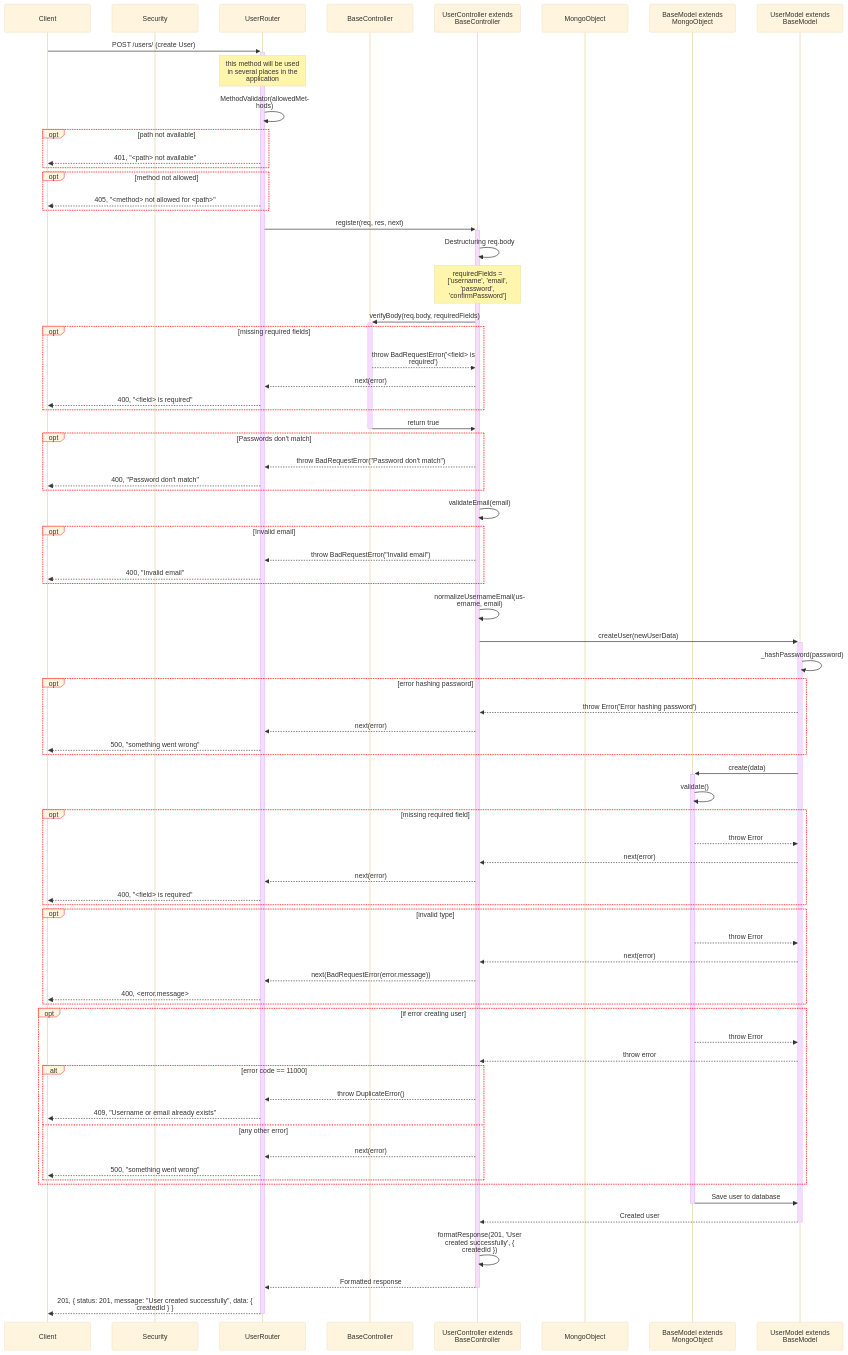
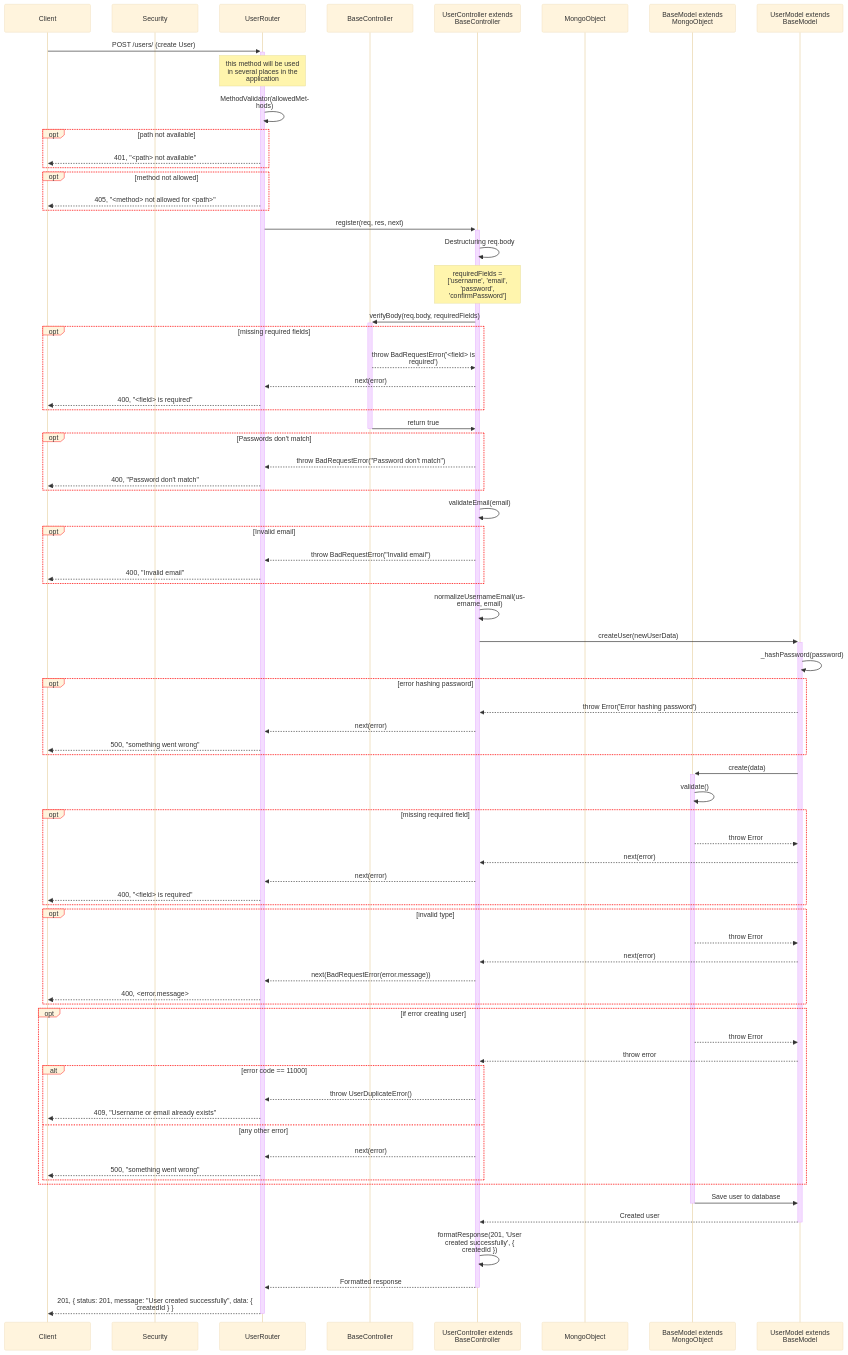
One commit to SawatKia/WealthTracking changed the diagram in design/newClassesDesign/UserManagement/create.mmd. Above: the diagram before and after it, drawn with Mermaid. The commit also changed 14 other files, not shown here.

Commit message:
relocate the preview diagram html; split the css and js;

```diff
--- a/design/newClassesDesign/UserManagement/create.mmd
+++ b/design/newClassesDesign/UserManagement/create.mmd
@@ -1,90 +1,90 @@
 %%{
     init: {
         "theme":"base",
         "themeVariables": {
             "fontFamily": "system-ui",
             'labelBoxBorderColor': '#ff0000'
         },
         "sequence": { 
             "wrap": true, 
             "width": 200 
         } 
     }
 }%%
 sequenceDiagram
     participant Client
     participant Sec as Security
     participant Router as UserRouter
     participant BaseCont as BaseController
     participant Cont as UserController extends BaseController
     participant MongoObject as MongoObject
     participant BaseModel as BaseModel extends MongoObject
     participant Model as UserModel extends BaseModel
 
     %% Create User
     Client->>+Router: POST /users/ (create User)
     Note over Router: this method will be used in several places in the application
     Router->>Router: MethodValidator(allowedMethods)
     opt path not available
         Router-->>Client: 401, "<path> not available"
     end
     opt method not allowed
         Router-->>Client: 405, "<method> not allowed for <path>"
     end
     Router->>+Cont: register(req, res, next)
     Cont->>Cont: Destructuring req.body
     Note over Cont: requiredFields = ['username', 'email', 'password', 'confirmPassword']
     Cont->>+BaseCont: verifyBody(req.body, requiredFields)
     opt missing required fields
         BaseCont-->>Cont: throw BadRequestError('<field> is required')
         Cont-->>Router: next(error)
         Router-->>Client: 400, "<field> is required"
     end
     BaseCont->>-Cont: return true
     opt Passwords don't match
         Cont-->>Router: throw BadRequestError("Password don't match")
         Router-->>Client: 400, "Password don't match"
     end
     Cont->>Cont: validateEmail(email)
     opt Invalid email
         Cont-->>Router: throw BadRequestError("Invalid email")
         Router-->>Client: 400, "Invalid email"
     end
     Cont->>Cont: normalizeUsernameEmail(username, email)
     Cont->>+Model: createUser(newUserData)
     Model->>Model: _hashPassword(password)
     opt error hashing password
         Model-->>Cont: throw Error('Error hashing password')
         Cont-->>Router: next(error)
         Router-->>Client: 500, "something went wrong"
     end
     Model->>+BaseModel: create(data)
     BaseModel->>BaseModel: validate()
     opt missing required field
         BaseModel-->>Model: throw Error
         Model-->>Cont: next(error)
         Cont-->>Router: next(error)
         Router-->>Client: 400, "<field> is required"
     end
     opt invalid type
         BaseModel-->>Model: throw Error
         Model-->>Cont: next(error)
         Cont-->>Router: next(BadRequestError(error.message))
         Router-->>Client: 400, <error.message>
     end
     opt if error creating user
         BaseModel-->>Model: throw Error
         Model-->>Cont: throw error
         alt error code == 11000
-            Cont-->>Router: throw DuplicateError()
+            Cont-->>Router: throw UserDuplicateError()
             Router-->>Client: 409, "Username or email already exists"
         else any other error
             Cont-->>Router: next(error)
             Router-->>Client: 500, "something went wrong"
         end
     end
     BaseModel->>-Model: Save user to database
     Model-->>-Cont: Created user
     Cont->>Cont: formatResponse(201, 'User created successfully', { createdId })
     Cont-->>-Router: Formatted response
     Router-->>-Client: 201, { status: 201, message: "User created successfully", data: { createdId } }
```
